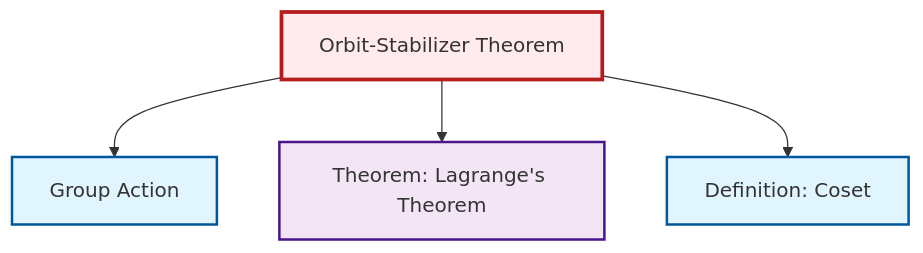
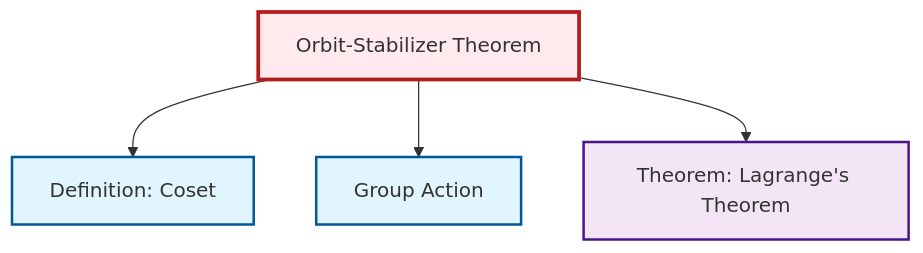
Before and after one commit to RK0429/ModernMath: the diagram in content/en/algebra/thm-orbit-stabilizer.qmd, drawn with Mermaid. The commit also changed other lines of this file and 615 other files, not shown here.

````diff
--- a/content/en/algebra/thm-orbit-stabilizer.qmd
+++ b/content/en/algebra/thm-orbit-stabilizer.qmd
@@ -60,20 +60,20 @@
 ```{mermaid}
 %%| fig-cap: "Local dependency graph"
 graph TD
     classDef definition fill:#e1f5fe,stroke:#01579b,stroke-width:2px
     classDef theorem fill:#f3e5f5,stroke:#4a148c,stroke-width:2px
     classDef axiom fill:#fff3e0,stroke:#e65100,stroke-width:2px
     classDef example fill:#e8f5e9,stroke:#1b5e20,stroke-width:2px
     classDef current fill:#ffebee,stroke:#b71c1c,stroke-width:3px
+    thm-orbit-stabilizer["Orbit-Stabilizer Theorem"]:::theorem
     def-coset["Definition: Coset"]:::definition
-    thm-orbit-stabilizer["Orbit-Stabilizer Theorem"]:::theorem
     thm-lagrange["Theorem: Lagrange's Theorem"]:::theorem
     def-group-action["Group Action"]:::definition
+    thm-orbit-stabilizer --> def-coset
     thm-orbit-stabilizer --> def-group-action
     thm-orbit-stabilizer --> thm-lagrange
-    thm-orbit-stabilizer --> def-coset
     class thm-orbit-stabilizer current
     click def-coset "def-coset.html" "Go to Coset definition"
     click thm-lagrange "thm-lagrange.html" "Go to Lagrange's Theorem theorem"
     click def-group-action "def-group-action.html" "Go to Group Action"
 ```
````
